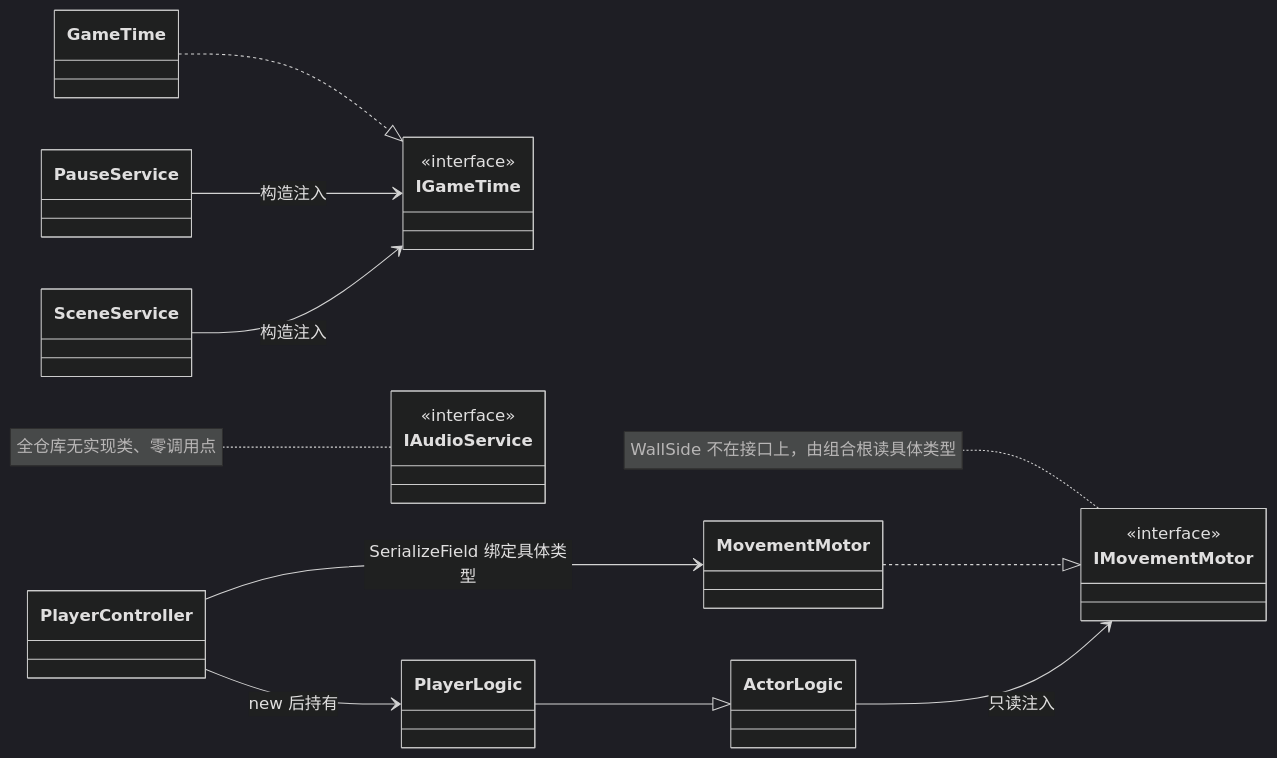
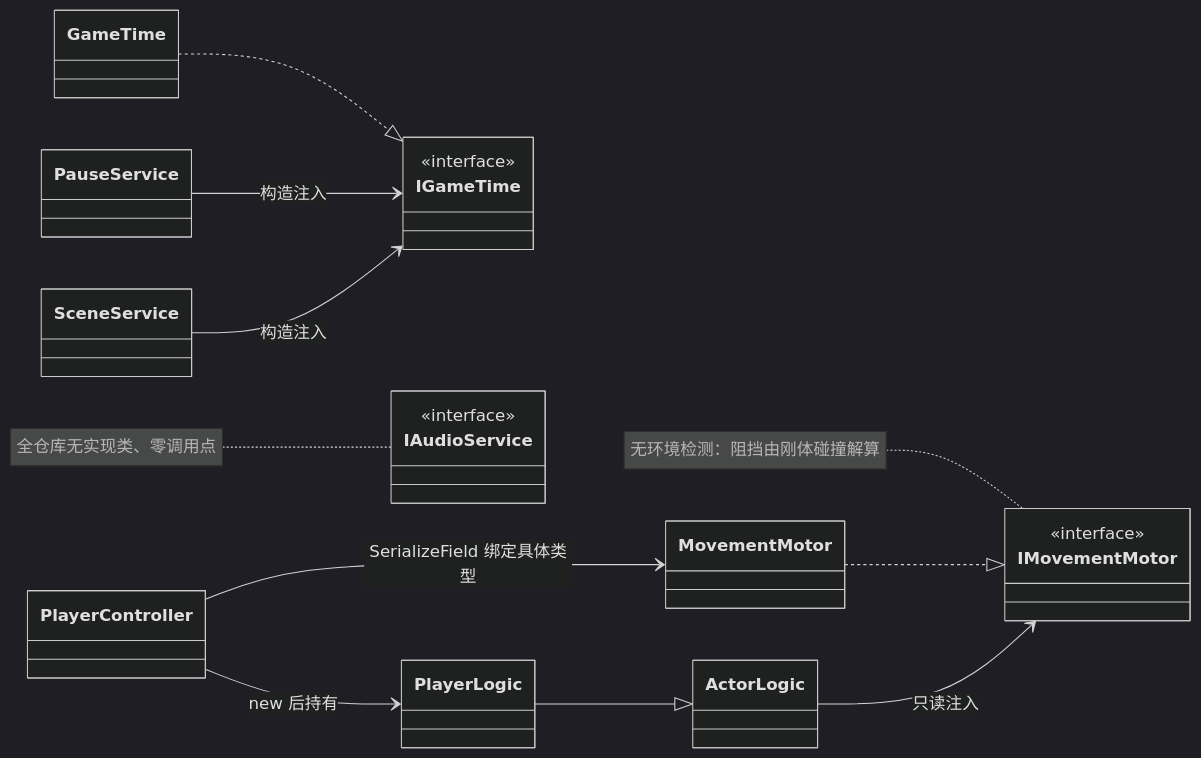
One commit to 5FYZhou/deepseaoil changed the fifth of 16 diagrams in Docs/架构图集.md. Above: the diagram before and after it, drawn with Mermaid (dark theme). The commit also changed other lines of this file and 47 other files, not shown here.

````diff
--- a/Docs/架构图集.md
+++ b/Docs/架构图集.md
@@ -236,30 +240,30 @@
 ```mermaid
 classDiagram
   direction LR
   class IMovementMotor {
     <<interface>>
   }
   class IGameTime {
     <<interface>>
   }
   class IAudioService {
     <<interface>>
   }
   class MovementMotor
   class GameTime
   class ActorLogic
   class PlayerLogic
   class PlayerController
   class PauseService
   class SceneService
   MovementMotor ..|> IMovementMotor
   GameTime ..|> IGameTime
   PlayerLogic --|> ActorLogic
   ActorLogic --> IMovementMotor : 只读注入
   PlayerController --> MovementMotor : SerializeField 绑定具体类型
   PlayerController --> PlayerLogic : new 后持有
   PauseService --> IGameTime : 构造注入
   SceneService --> IGameTime : 构造注入
   note for IAudioService "全仓库无实现类、零调用点"
-  note for IMovementMotor "WallSide 不在接口上，由组合根读具体类型"
+  note for IMovementMotor "无环境检测：阻挡由刚体碰撞解算"
 ```
````
